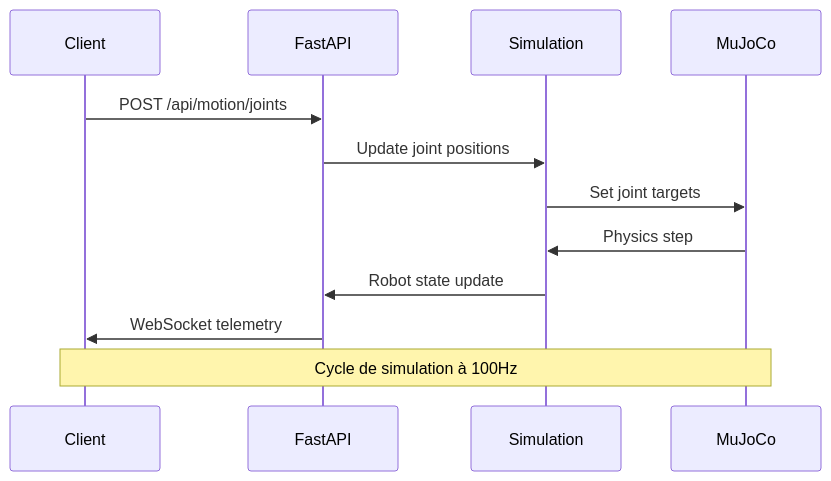
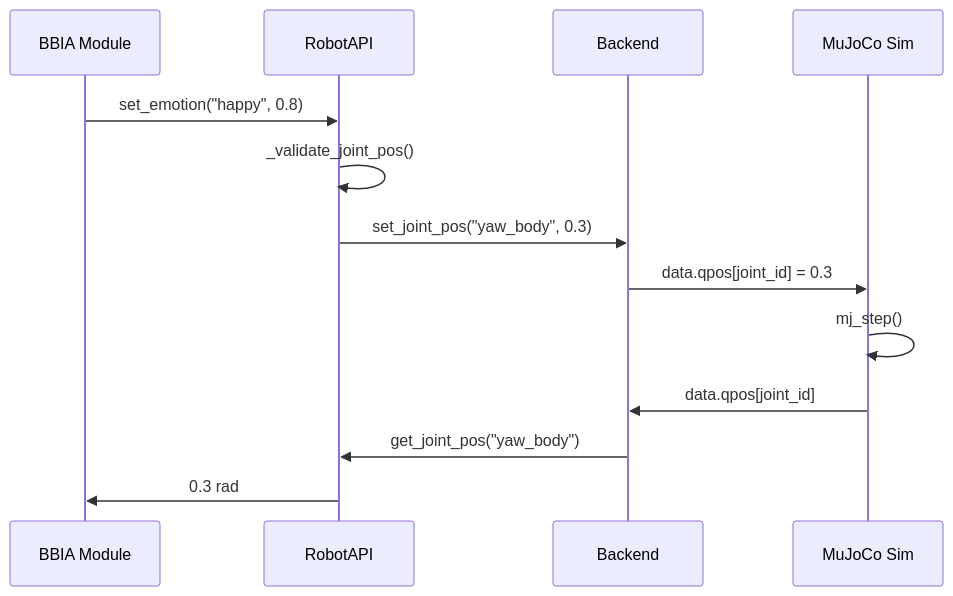
The second of 2 diagrams in docs/ARCHITECTURE.md (arkalia-luna-system/bbia-sim), drawn with Mermaid before and after one commit. The commit also changed other lines of this file and 6 other files, not shown here.

````diff
--- a/docs/ARCHITECTURE.md
+++ b/docs/ARCHITECTURE.md
@@ -82,16 +90,16 @@
 ```mermaid
 sequenceDiagram
-    participant C as Client
-    participant API as FastAPI
-    participant SIM as Simulation
-    participant MJ as MuJoCo
+    participant BBIA as BBIA Module
+    participant API as RobotAPI
+    participant BACKEND as Backend
+    participant SIM as MuJoCo Sim
     
-    C->>API: POST /api/motion/joints
-    API->>SIM: Update joint positions
-    SIM->>MJ: Set joint targets
-    MJ->>SIM: Physics step
-    SIM->>API: Robot state update
-    API->>C: WebSocket telemetry
-    
-    Note over C,MJ: Cycle de simulation à 100Hz
+    BBIA->>API: set_emotion("happy", 0.8)
+    API->>API: _validate_joint_pos()
+    API->>BACKEND: set_joint_pos("yaw_body", 0.3)
+    BACKEND->>SIM: data.qpos[joint_id] = 0.3
+    SIM->>SIM: mj_step()
+    SIM->>BACKEND: data.qpos[joint_id]
+    BACKEND->>API: get_joint_pos("yaw_body")
+    API->>BBIA: 0.3 rad
 ```
````
